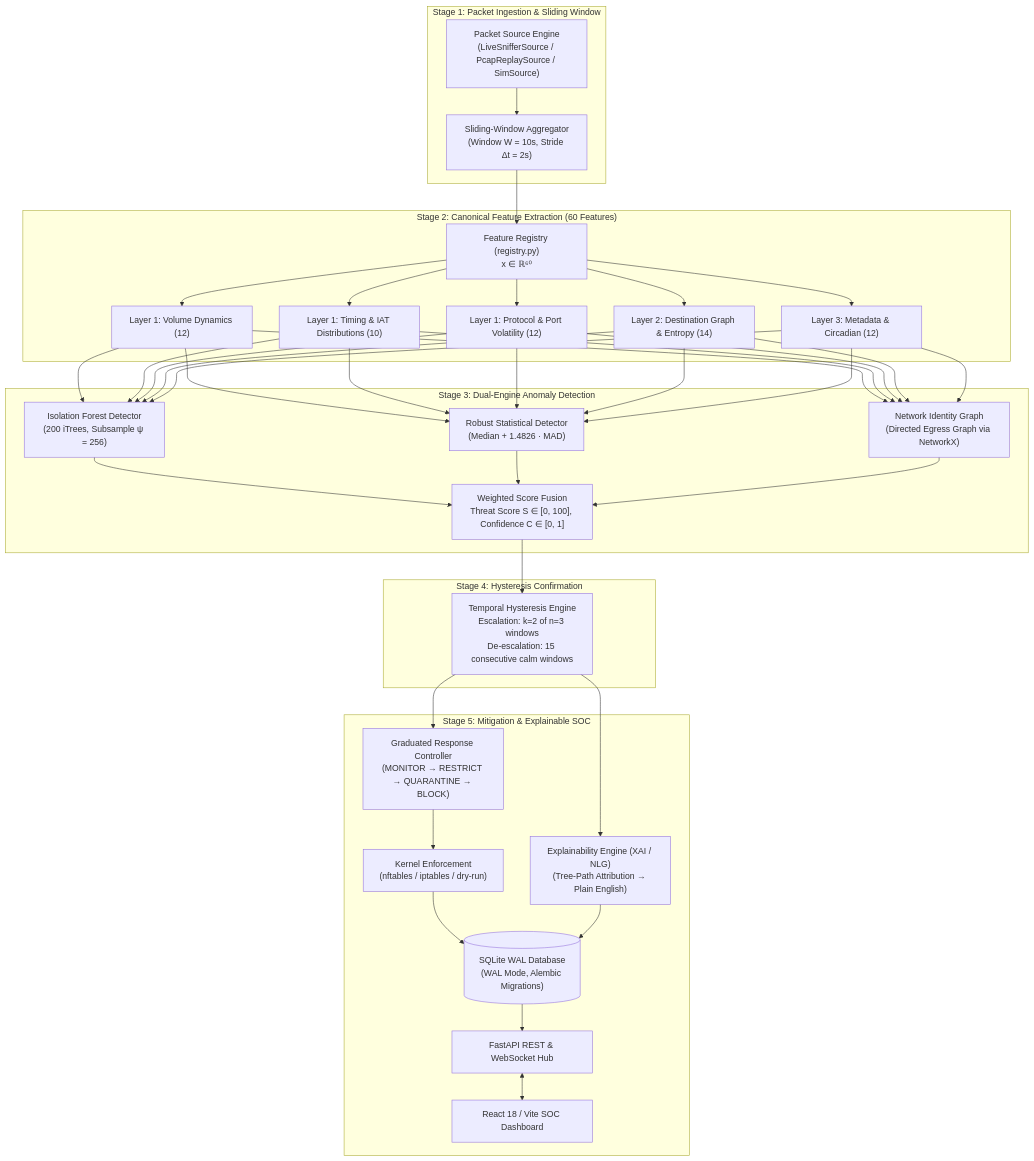
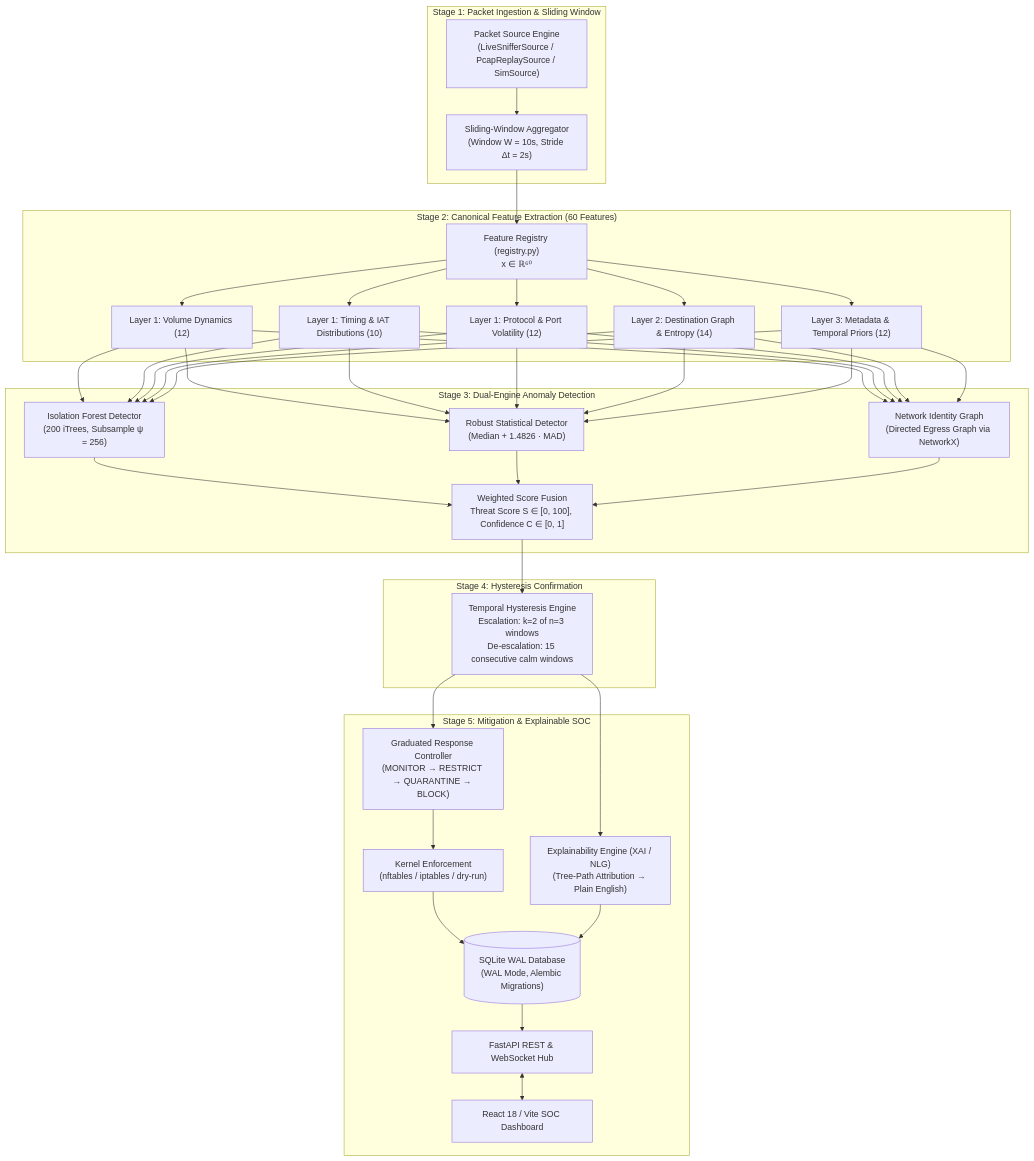
Before and after one commit to lumidren/Guardian: the first of 6 diagrams in README.md, drawn with Mermaid. The commit also changed other lines of this file, not shown here.

````diff
--- a/README.md
+++ b/README.md
@@ -37,43 +37,43 @@
 ```mermaid
 flowchart TD
     subgraph S1["Stage 1: Packet Ingestion & Sliding Window"]
         SRC["Packet Source Engine\n(LiveSnifferSource / PcapReplaySource / SimSource)"]
         WIN["Sliding-Window Aggregator\n(Window W = 10s, Stride Δt = 2s)"]
     end
 
     subgraph S2["Stage 2: Canonical Feature Extraction (60 Features)"]
         REG["Feature Registry (registry.py)\nx ∈ ℝ⁶⁰"]
         L1_VOL["Layer 1: Volume Dynamics (12)"]
         L1_TIM["Layer 1: Timing & IAT Distributions (10)"]
         L1_PRO["Layer 1: Protocol & Port Volatility (12)"]
         L2_NET["Layer 2: Destination Graph & Entropy (14)"]
-        L3_PHY["Layer 3: Metadata & Circadian (12)"]
+        L3_APP["Layer 3: Metadata & Temporal Priors (12)"]
     end
 
     subgraph S3["Stage 3: Dual-Engine Anomaly Detection"]
         IFOREST["Isolation Forest Detector\n(200 iTrees, Subsample ψ = 256)"]
         ROBUSTZ["Robust Statistical Detector\n(Median + 1.4826 · MAD)"]
         NETGRAPH["Network Identity Graph\n(Directed Egress Graph via NetworkX)"]
         FUSION["Weighted Score Fusion\nThreat Score S ∈ [0, 100], Confidence C ∈ [0, 1]"]
     end
 
     subgraph S4["Stage 4: Hysteresis Confirmation"]
         HYST["Temporal Hysteresis Engine\nEscalation: k=2 of n=3 windows\nDe-escalation: 15 consecutive calm windows"]
     end
 
     subgraph S5["Stage 5: Mitigation & Explainable SOC"]
         RESP["Graduated Response Controller\n(MONITOR → RESTRICT → QUARANTINE → BLOCK)"]
         NFT["Kernel Enforcement\n(nftables / iptables / dry-run)"]
         XAI["Explainability Engine (XAI / NLG)\n(Tree-Path Attribution → Plain English)"]
         DB[("SQLite WAL Database\n(WAL Mode, Alembic Migrations)")]
         API["FastAPI REST & WebSocket Hub"]
         DASH["React 18 / Vite SOC Dashboard"]
     end
 
     SRC --> WIN --> REG
-    REG --> L1_VOL & L1_TIM & L1_PRO & L2_NET & L3_PHY
-    L1_VOL & L1_TIM & L1_PRO & L2_NET & L3_PHY --> IFOREST & ROBUSTZ & NETGRAPH
+    REG --> L1_VOL & L1_TIM & L1_PRO & L2_NET & L3_APP
+    L1_VOL & L1_TIM & L1_PRO & L2_NET & L3_APP --> IFOREST & ROBUSTZ & NETGRAPH
     IFOREST & ROBUSTZ & NETGRAPH --> FUSION --> HYST --> RESP & XAI
     RESP --> NFT --> DB
     XAI --> DB --> API <--> DASH
 ```
````
